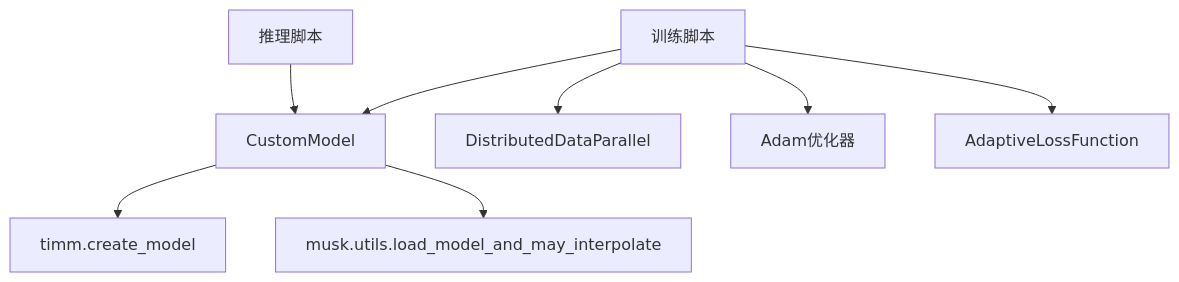
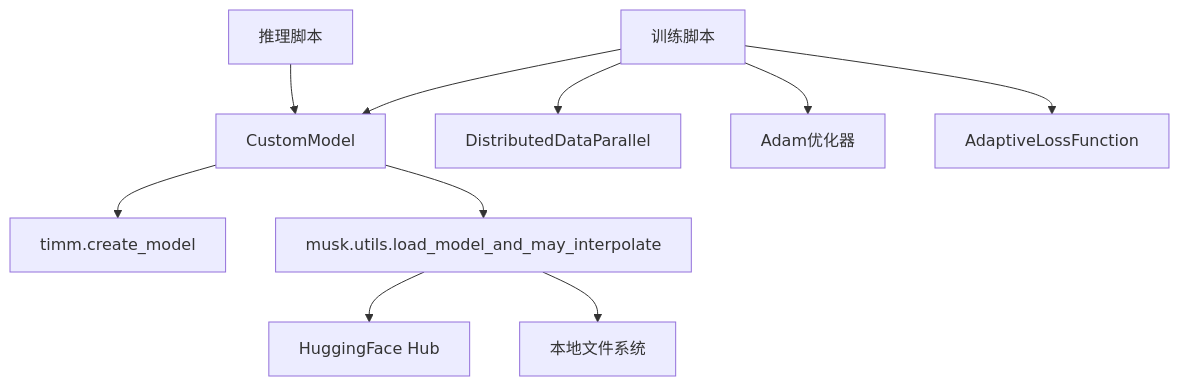
One commit to acproject/HEX changed the fifth of 5 diagrams in .qoder/repowiki/zh/content/HEX模型架构/CustomModel设计原理.md. Above: the diagram before and after it, drawn with Mermaid. The commit also changed other lines of this file and 2 other files, not shown here.

````diff
--- a/.qoder/repowiki/zh/content/HEX模型架构/CustomModel设计原理.md
+++ b/.qoder/repowiki/zh/content/HEX模型架构/CustomModel设计原理.md
@@ -237,10 +272,12 @@
 ```mermaid
 graph TB
 CM["CustomModel"] --> TIMM["timm.create_model"]
 CM --> MUSKUTIL["musk.utils.load_model_and_may_interpolate"]
 TR["训练脚本"] --> CM
 TE["推理脚本"] --> CM
 TR --> DDP["DistributedDataParallel"]
 TR --> OPT["Adam优化器"]
 TR --> LOSS["AdaptiveLossFunction"]
+MUSKUTIL --> HF["HuggingFace Hub"]
+MUSKUTIL --> LOCAL["本地文件系统"]
 ```
````
